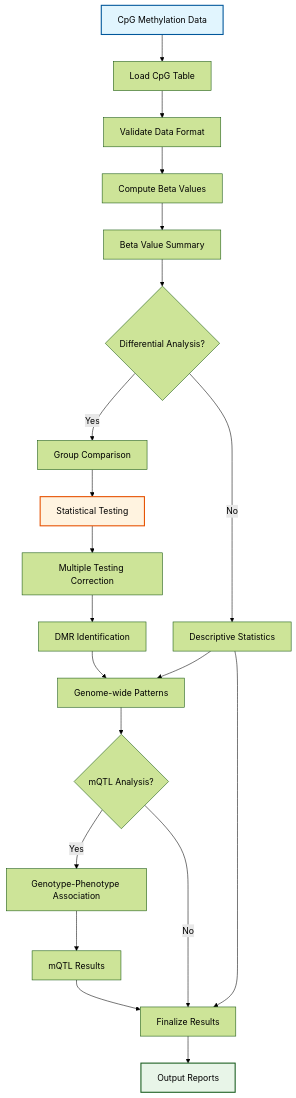
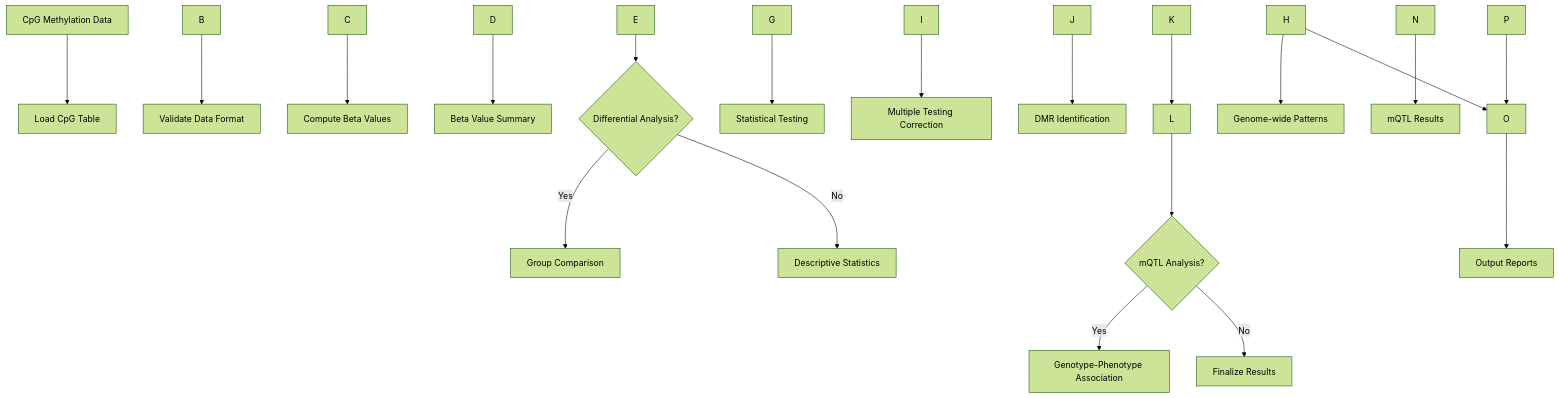
The third of 4 diagrams in src/metainformant/epigenome/README.md (docxology/MetaInformAnt), drawn with Mermaid (forest theme) before and after one commit. The commit also changed other lines of this file and 611 other files, not shown here.

````diff
--- a/src/metainformant/epigenome/README.md
+++ b/src/metainformant/epigenome/README.md
@@ -101,32 +98,29 @@
 ```mermaid
 graph TD
-    A[CpG Methylation Data] --> B[Load CpG Table]
-    B --> C[Validate Data Format]
-    C --> D[Compute Beta Values]
-    D --> E[Beta Value Summary]
+    AcpgMethylationData[CpG Methylation Data] --> BloadCpgTable[Load CpG Table]
+    B --> CvalidateDataFormat[Validate Data Format]
+    C --> DcomputeBetaValues[Compute Beta Values]
+    D --> EbetaValueSummary[Beta Value Summary]
 
     E --> F{Differential Analysis?}
-    F -->|Yes| G[Group Comparison]
-    F -->|No| H[Descriptive Statistics]
+    F -->|Yes| GgroupComparison[Group Comparison]
+    F -->|No| HdescriptiveStatistics[Descriptive Statistics]
 
-    G --> I[Statistical Testing]
-    I --> J[Multiple Testing Correction]
-    J --> K[DMR Identification]
+    G --> IstatisticalTesting[Statistical Testing]
+    I --> JmultipleTestingCorrection[Multiple Testing Correction]
+    J --> KdmrIdentification[DMR Identification]
 
-    H --> L[Genome-wide Patterns]
+    H --> Lgenome-widePatterns[Genome-wide Patterns]
     K --> L
 
     L --> M{mQTL Analysis?}
-    M -->|Yes| N[Genotype-Phenotype Association]
-    M -->|No| O[Finalize Results]
+    M -->|Yes| Ngenotype-phenotypeAssociation[Genotype-Phenotype Association]
+    M -->|No| OfinalizeResults[Finalize Results]
 
-    N --> P[mQTL Results]
+    N --> PmqtlResults[mQTL Results]
     P --> O
     H --> O
 
-    O --> Q[Output Reports]
+    O --> QoutputReports[Output Reports]
 
-    style A fill:#e1f5fe,stroke:#01579b,stroke-width:2px
-    style I fill:#fff3e0,stroke:#e65100,stroke-width:2px
-    style Q fill:#e8f5e8,stroke:#1b5e20,stroke-width:2px
 ```
````
